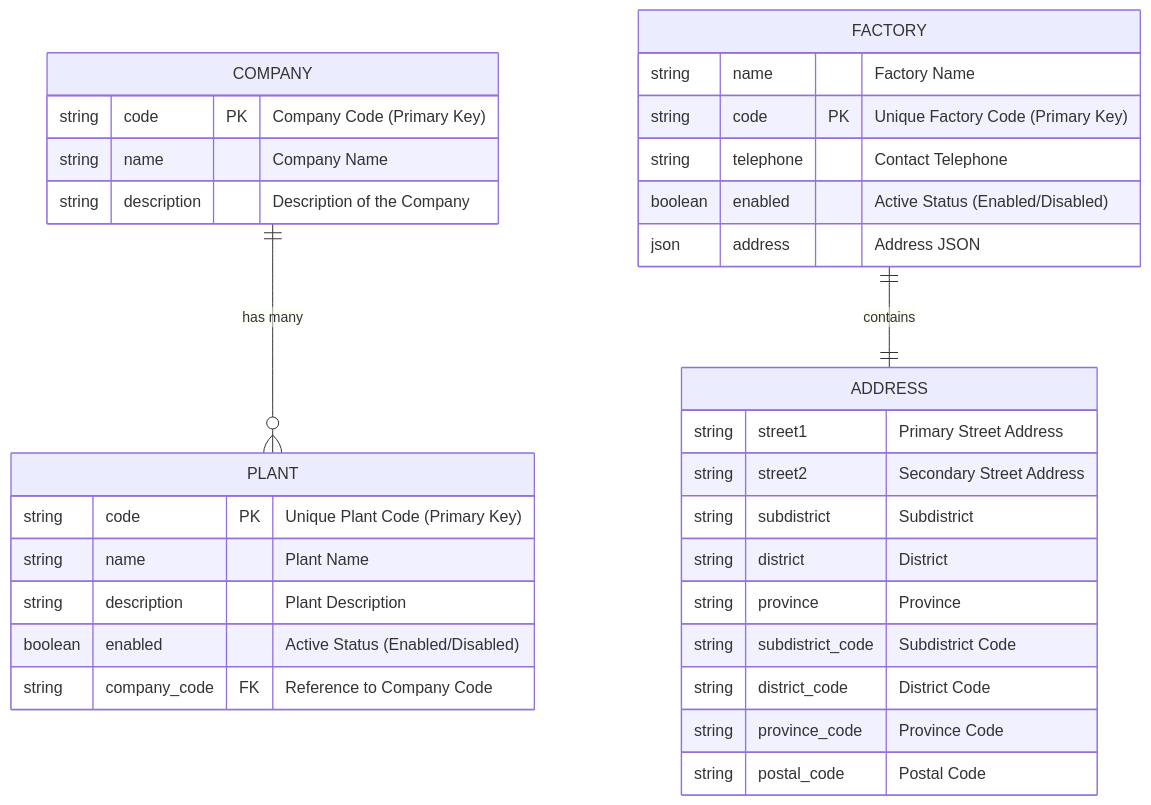
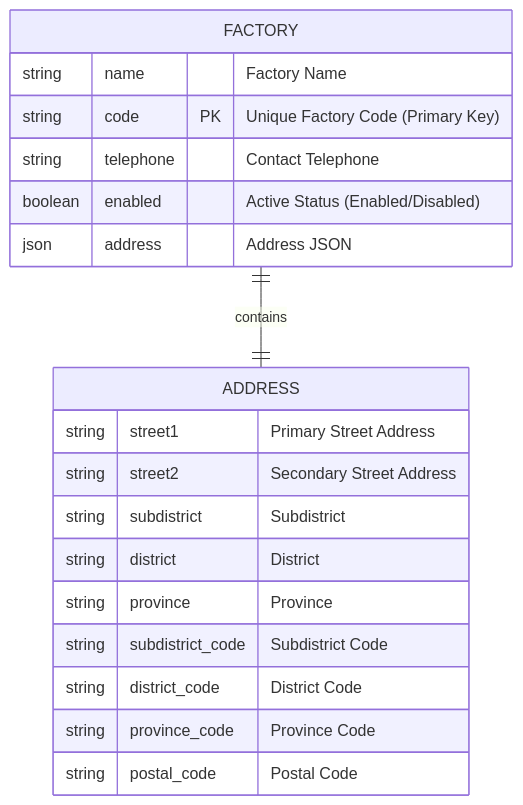
One commit to boonlertChin/ff-2u-mermaid-doc changed the second of 2 diagrams in entities.md. Above: the diagram before and after it, drawn with Mermaid.

Commit message:
update disply factory

````diff
--- a/entities.md
+++ b/entities.md
@@ -2,40 +23,25 @@
 ```mermaid
 erDiagram
-    COMPANY {
-        string code PK "Company Code (Primary Key)"
-        string name "Company Name"
-        string description "Description of the Company"
-    }
-    
-    PLANT {
-        string code PK "Unique Plant Code (Primary Key)"
-        string name "Plant Name"
-        string description "Plant Description"
-        boolean enabled "Active Status (Enabled/Disabled)"
-        string company_code FK "Reference to Company Code"
-    }
-
-    COMPANY ||--o{ PLANT: "has many"
 
     FACTORY {
         string name "Factory Name"
         string code PK "Unique Factory Code (Primary Key)"
         string telephone "Contact Telephone"
         boolean enabled "Active Status (Enabled/Disabled)"
         json address "Address JSON"
     }
 
     ADDRESS {
         string street1 "Primary Street Address"
         string street2 "Secondary Street Address"
         string subdistrict "Subdistrict"
         string district "District"
         string province "Province"
         string subdistrict_code "Subdistrict Code"
         string district_code "District Code"
         string province_code "Province Code"
         string postal_code "Postal Code"
     }
 
     FACTORY ||--|| ADDRESS: "contains"
 ```
````
